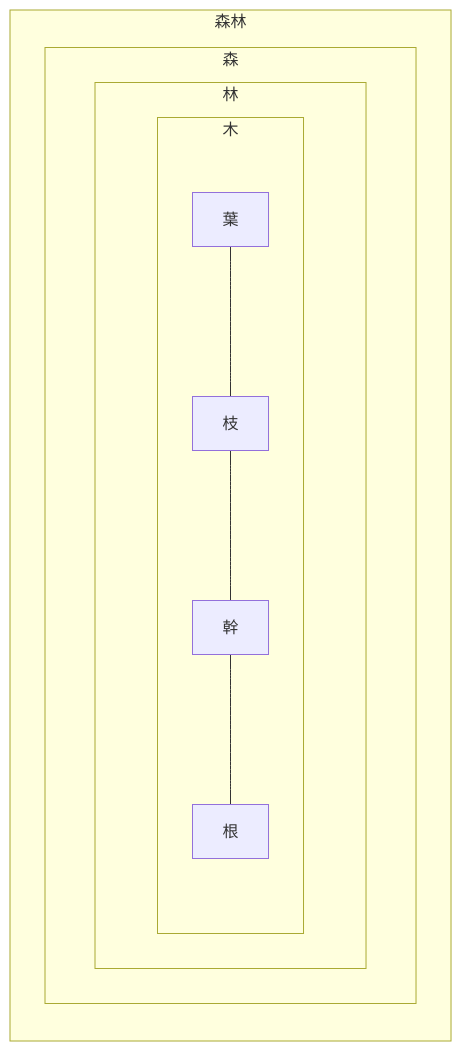
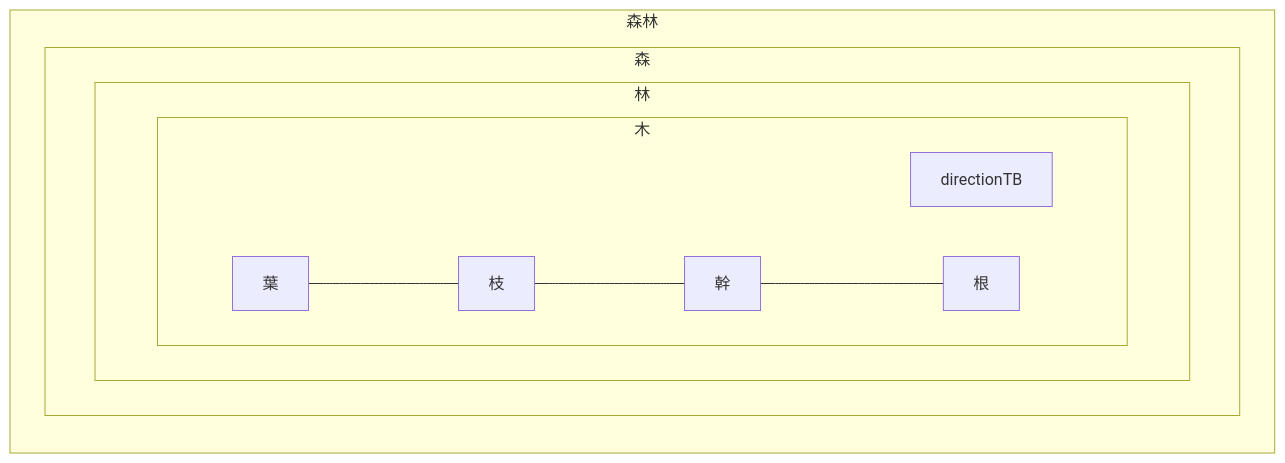
One commit to bebetakumi/mermaid changed the diagram in 遊び用/木.md. Above: the diagram before and after it, drawn with Mermaid.

````diff
--- a/遊び用/木.md
+++ b/遊び用/木.md
@@ -1,15 +1,15 @@
 ```mermaid
 flowchart LR
 subgraph 森林
     subgraph 森
         subgraph 林
             subgraph 木
-                direction TD
+                directionTB
                 葉 --- 枝 --- 幹 --- 根
             end
         end
     end
 end
 
 
 ```
````
